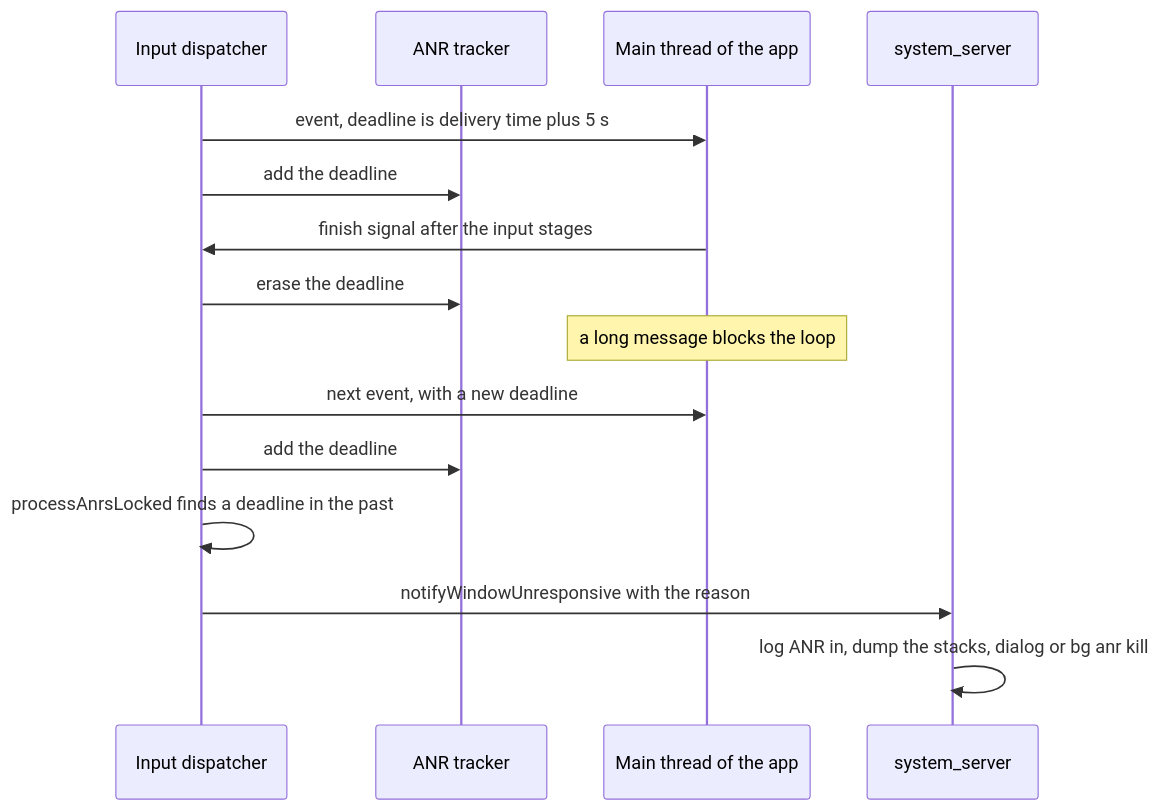
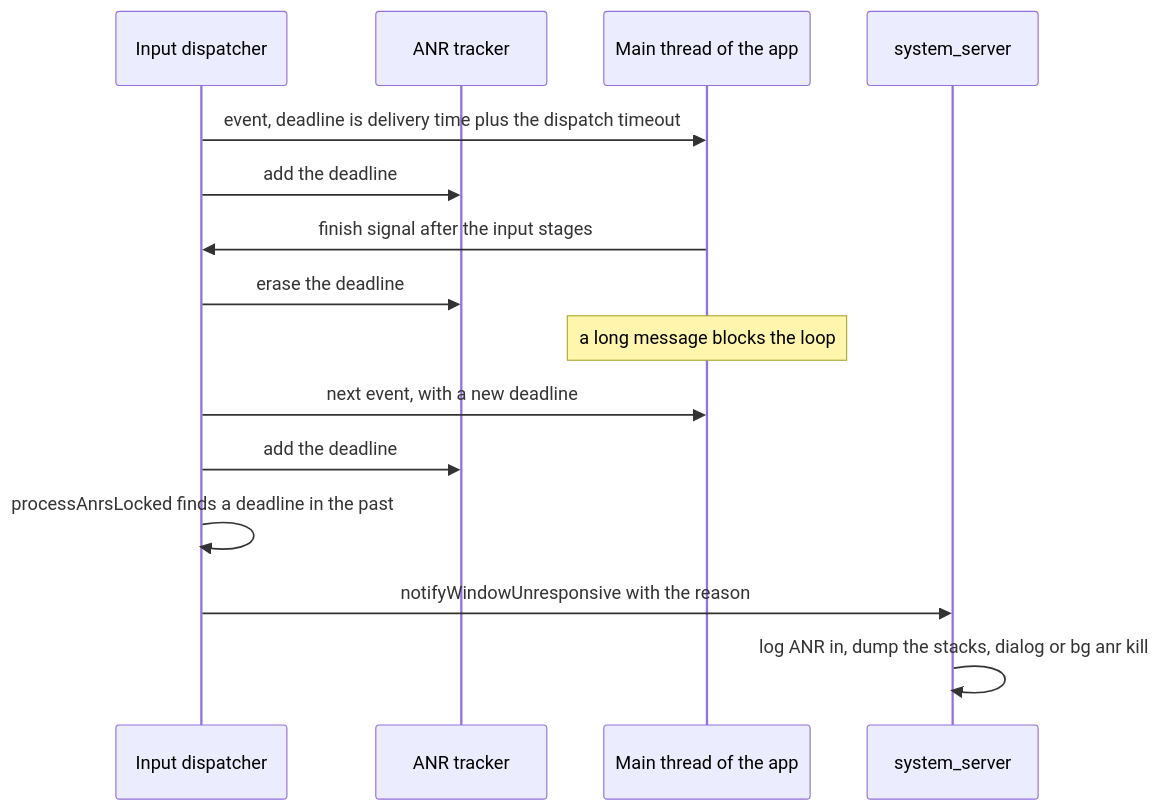
Before and after one commit to imGurpreetSK/android-from-first-principles: the diagram in site/src/content/docs/concurrency/threads-and-anr.mdx, drawn with Mermaid. The commit also changed other lines of this file, not shown here.

Commit message:
Say in the Mental model of the threads-and-anr chapter, in the text and in the sequence diagram, that the deadline of a sent event is the delivery time plus the dispatch timeout of the window, by default 5 s times the hardware multiplier, because getDispatchingTimeoutLocked takes the dispatch timeout from the window of the connection, and 5 s times the multiplier is only the default

````diff
--- a/site/src/content/docs/concurrency/threads-and-anr.mdx
+++ b/site/src/content/docs/concurrency/threads-and-anr.mdx
@@ -215,17 +215,17 @@
 ```mermaid
 sequenceDiagram
   participant D as Input dispatcher
   participant T as ANR tracker
   participant M as Main thread of the app
   participant S as system_server
-  D->>M: event, deadline is delivery time plus 5 s
+  D->>M: event, deadline is delivery time plus the dispatch timeout
   D->>T: add the deadline
   M->>D: finish signal after the input stages
   D->>T: erase the deadline
   Note over M: a long message blocks the loop
   D->>M: next event, with a new deadline
   D->>T: add the deadline
   D->>D: processAnrsLocked finds a deadline in the past
   D->>S: notifyWindowUnresponsive with the reason
   S->>S: log ANR in, dump the stacks, dialog or bg anr kill
 ```
````
